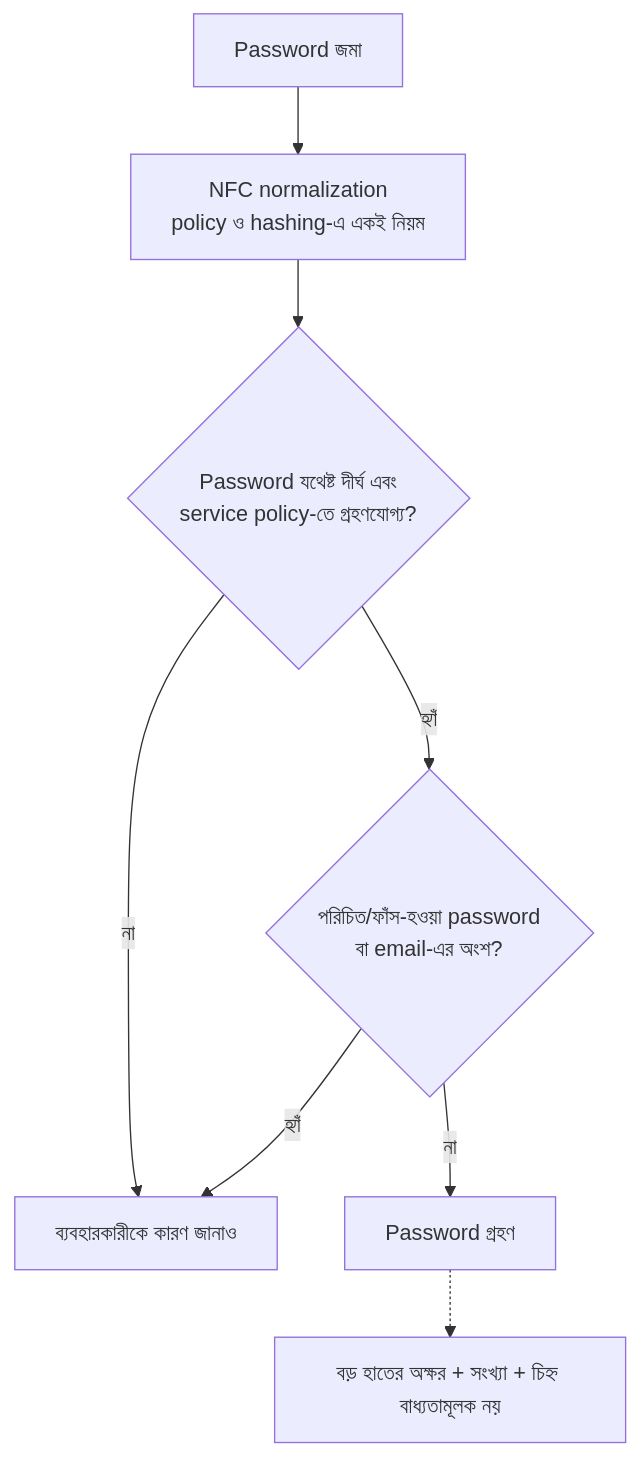
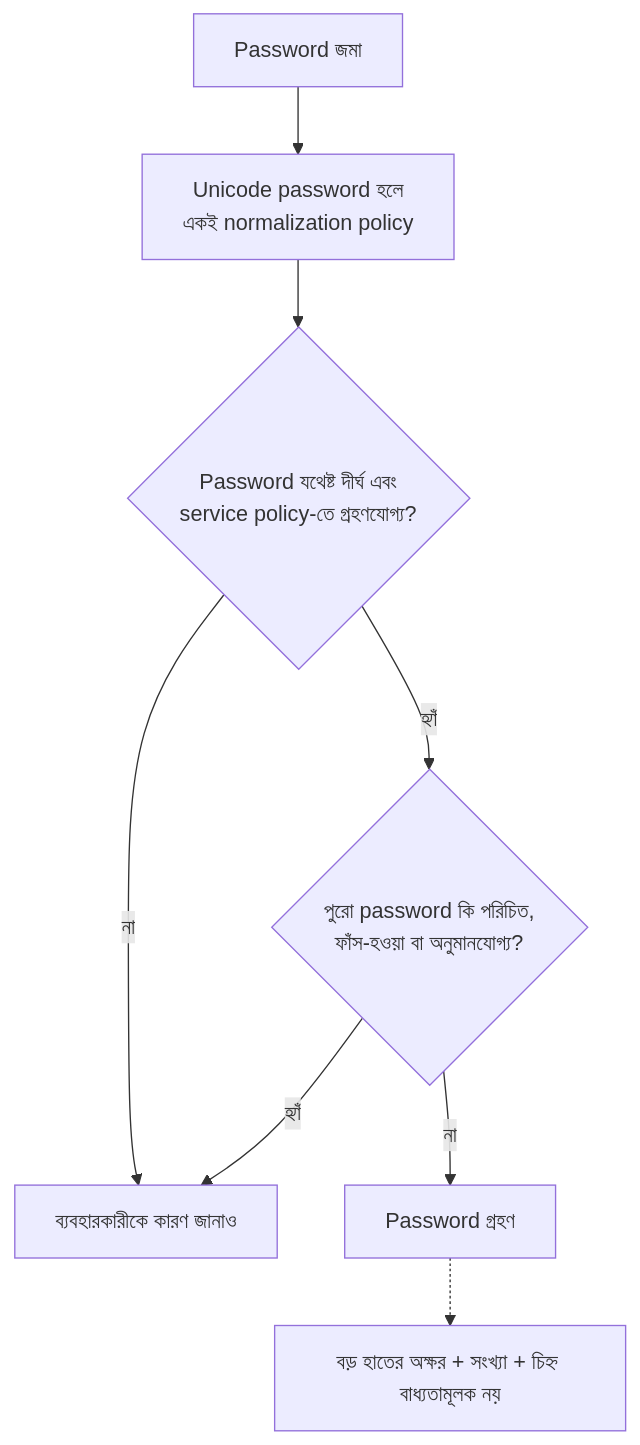
Before and after one commit to shomi-khan/auth-security-journey: the eighth of 8 diagrams in series/season-1-browser-session-token/03-password-security/README.md, drawn with Mermaid. The commit also changed other lines of this file, not shown here.

````diff
--- a/series/season-1-browser-session-token/03-password-security/README.md
+++ b/series/season-1-browser-session-token/03-password-security/README.md
@@ -351,10 +353,10 @@
 ```mermaid
 flowchart TD
-    P["Password জমা"] --> N["NFC normalization<br/>policy ও hashing-এ একই নিয়ম"]
+    P["Password জমা"] --> N["Unicode password হলে<br/>একই normalization policy"]
     N --> L{"Password যথেষ্ট দীর্ঘ এবং<br/>service policy-তে গ্রহণযোগ্য?"}
     L -->|"না"| R["ব্যবহারকারীকে কারণ জানাও"]
-    L -->|"হ্যাঁ"| B{"পরিচিত/ফাঁস-হওয়া password<br/>বা email-এর অংশ?"}
+    L -->|"হ্যাঁ"| B{"পুরো password কি পরিচিত,<br/>ফাঁস-হওয়া বা অনুমানযোগ্য?"}
     B -->|"হ্যাঁ"| R
     B -->|"না"| A["Password গ্রহণ"]
     A -.-> X["বড় হাতের অক্ষর + সংখ্যা + চিহ্ন বাধ্যতামূলক নয়"]
 ```
````
